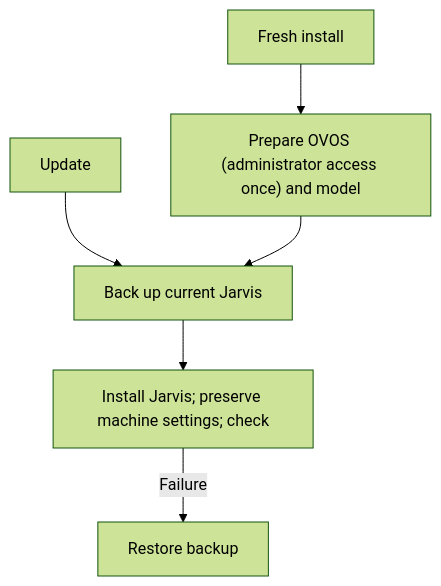
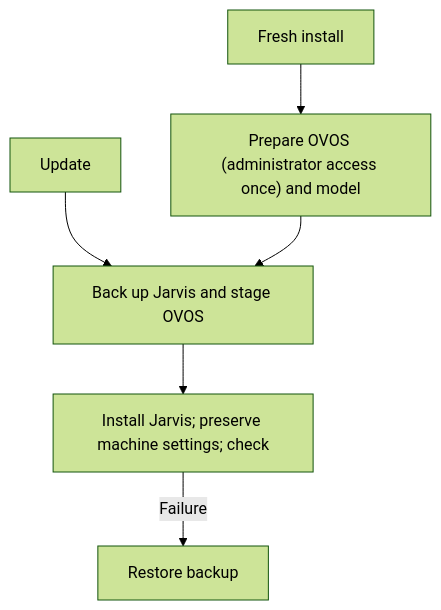
One commit to evok3dx/OVOS-Commands changed the diagram in README.md. Above: the diagram before and after it, drawn with Mermaid (forest theme). The commit also changed other lines of this file and 34 other files, not shown here.

````diff
--- a/README.md
+++ b/README.md
@@ -29,8 +29,8 @@
 ```mermaid
 flowchart TD
   A["Fresh install"] --> C["Prepare OVOS (administrator access once) and model"]
-  B["Update"] --> D["Back up current Jarvis"]
+  B["Update"] --> D["Back up Jarvis and stage OVOS"]
   C --> D
   D --> E["Install Jarvis; preserve machine settings; check"]
   E -->|"Failure"| F["Restore backup"]
 ```
````
